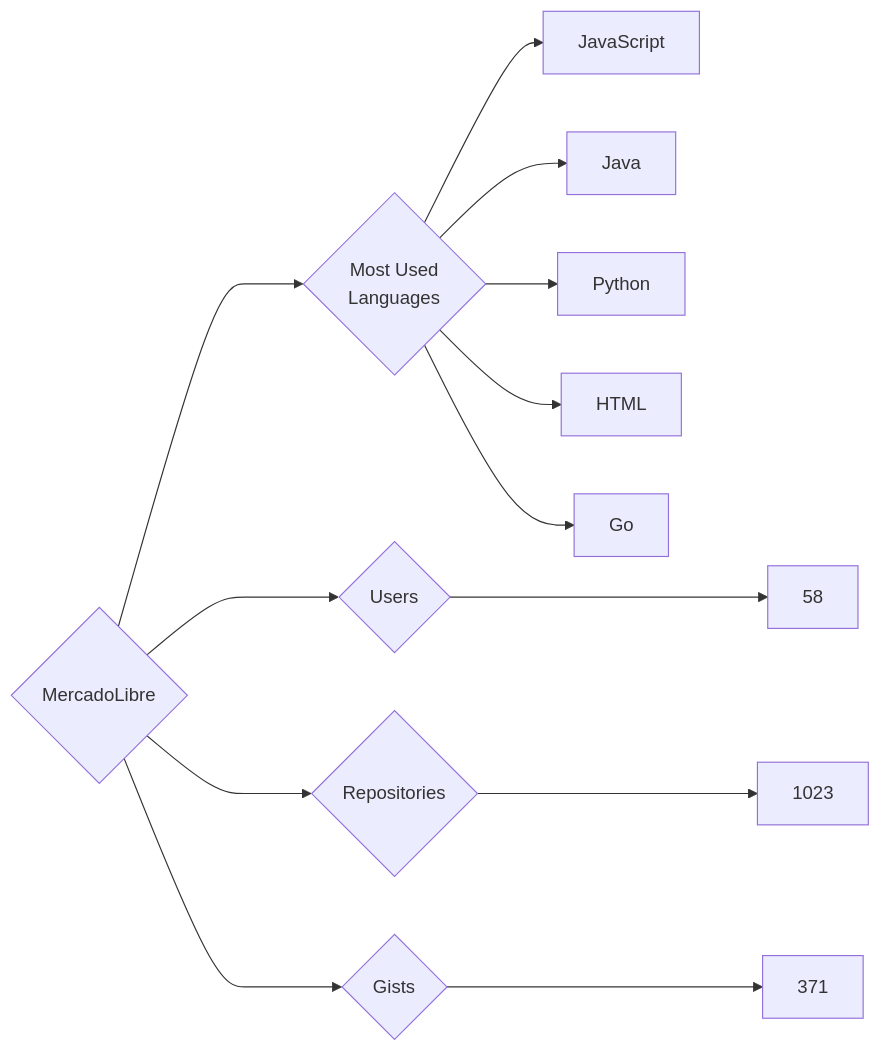
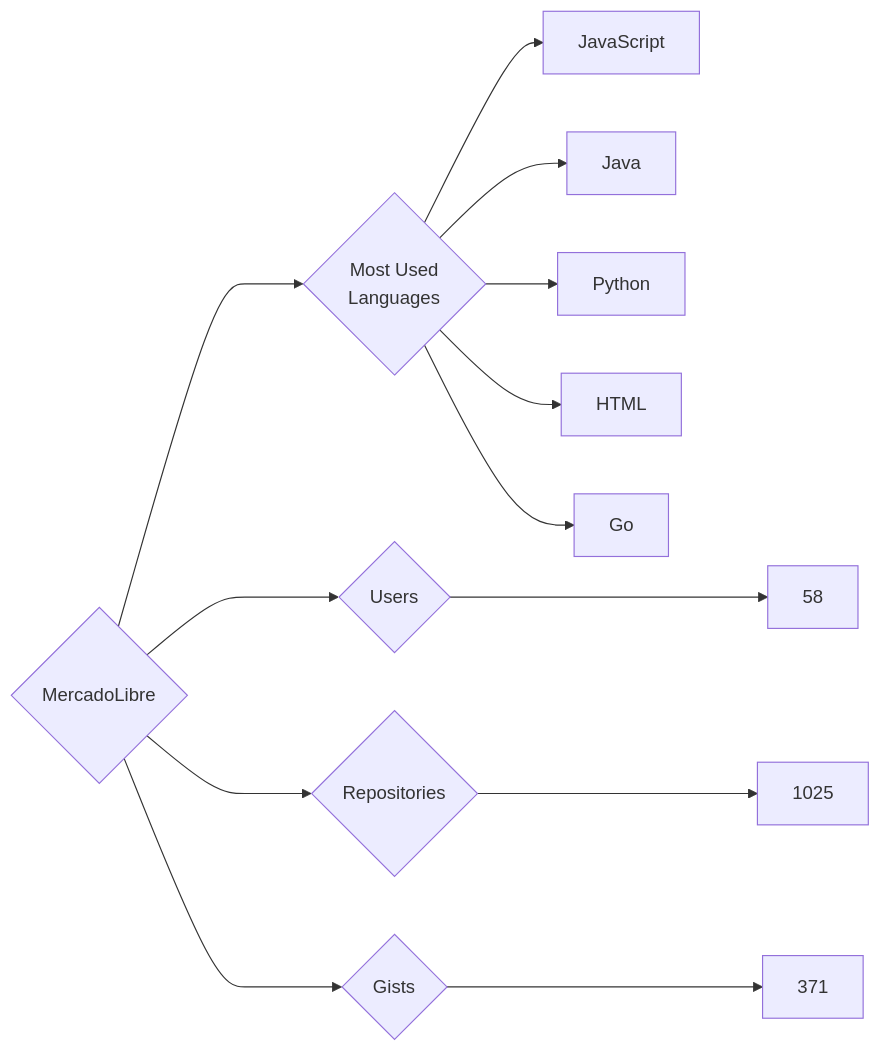
Before and after one commit to trickest/insiders: the diagram in targets/MercadoLibre/README.md, drawn with Mermaid. The commit also changed 725 other files, not shown here.

````diff
--- a/targets/MercadoLibre/README.md
+++ b/targets/MercadoLibre/README.md
@@ -3,13 +3,13 @@
 ```mermaid
 graph LR
 COMPANY_NAME{MercadoLibre}
 COMPANY_NAME ---> U{Users} ---> UN[58]
-COMPANY_NAME ---> R{Repositories} ---> RN[1023]
+COMPANY_NAME ---> R{Repositories} ---> RN[1025]
 COMPANY_NAME ---> G{Gists} ---> GN[371]
 COMPANY_NAME ---> ML{Most Used<br>Languages}
 ML --> JavaScript[JavaScript]
 ML --> Java[Java]
 ML --> Python[Python]
 ML --> HTML[HTML]
 ML --> Go[Go]
 ```
````
